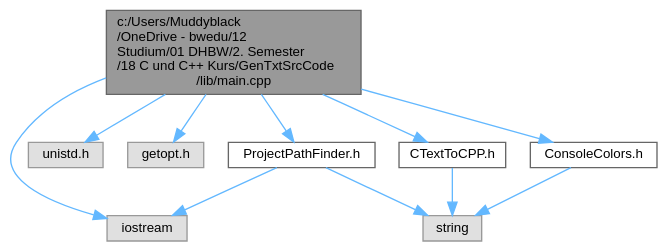
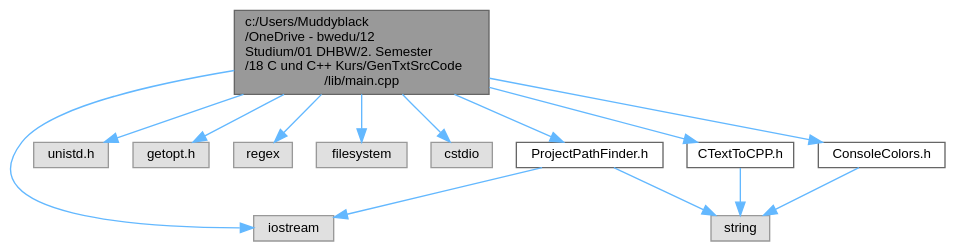
One commit to Muddyblack/Cpp_Project changed the diagram in main_8cpp__incl.dot. Above: the diagram before and after it, drawn with Graphviz. The commit also changed 194 other files, not shown here.

```diff
--- a/main_8cpp__incl.dot
+++ b/main_8cpp__incl.dot
@@ -1,25 +1,31 @@
 digraph "c:/Users/Muddyblack/OneDrive - bwedu/12 Studium/01 DHBW/2. Semester/18 C und C++ Kurs/GenTxtSrcCode/lib/main.cpp"
 {
  // LATEX_PDF_SIZE
   bgcolor="transparent";
   edge [fontname=Helvetica,fontsize=10,labelfontname=Helvetica,labelfontsize=10];
   node [fontname=Helvetica,fontsize=10,shape=box,height=0.2,width=0.4];
-  Node1 [id="Node000001",label="c:/Users/Muddyblack\l/OneDrive - bwedu/12\l Studium/01 DHBW/2. Semester\l/18 C und C++ Kurs/GenTxtSrcCode\l/lib/main.cpp",height=0.2,width=0.4,color="gray40", fillcolor="grey60", style="filled", fontcolor="black",tooltip="Main entry point for the Generating program. This program generates C/C++ code from text input files ..."];
+  Node1 [id="Node000001",label="c:/Users/Muddyblack\l/OneDrive - bwedu/12\l Studium/01 DHBW/2. Semester\l/18 C und C++ Kurs/GenTxtSrcCode\l/lib/main.cpp",height=0.2,width=0.4,color="gray40", fillcolor="grey60", style="filled", fontcolor="black",tooltip="Main entry point for the Generating program."];
   Node1 -> Node2 [id="edge1_Node000001_Node000002",color="steelblue1",style="solid",tooltip=" "];
   Node2 [id="Node000002",label="iostream",height=0.2,width=0.4,color="grey60", fillcolor="#E0E0E0", style="filled",tooltip=" "];
   Node1 -> Node3 [id="edge2_Node000001_Node000003",color="steelblue1",style="solid",tooltip=" "];
   Node3 [id="Node000003",label="unistd.h",height=0.2,width=0.4,color="grey60", fillcolor="#E0E0E0", style="filled",tooltip=" "];
   Node1 -> Node4 [id="edge3_Node000001_Node000004",color="steelblue1",style="solid",tooltip=" "];
   Node4 [id="Node000004",label="getopt.h",height=0.2,width=0.4,color="grey60", fillcolor="#E0E0E0", style="filled",tooltip=" "];
   Node1 -> Node5 [id="edge4_Node000001_Node000005",color="steelblue1",style="solid",tooltip=" "];
-  Node5 [id="Node000005",label="CTextToCPP.h",height=0.2,width=0.4,color="grey40", fillcolor="white", style="filled",URL="$_c_text_to_c_p_p_8h.html",tooltip=" "];
-  Node5 -> Node6 [id="edge5_Node000005_Node000006",color="steelblue1",style="solid",tooltip=" "];
-  Node6 [id="Node000006",label="string",height=0.2,width=0.4,color="grey60", fillcolor="#E0E0E0", style="filled",tooltip=" "];
+  Node5 [id="Node000005",label="regex",height=0.2,width=0.4,color="grey60", fillcolor="#E0E0E0", style="filled",tooltip=" "];
+  Node1 -> Node6 [id="edge5_Node000001_Node000006",color="steelblue1",style="solid",tooltip=" "];
+  Node6 [id="Node000006",label="filesystem",height=0.2,width=0.4,color="grey60", fillcolor="#E0E0E0", style="filled",tooltip=" "];
   Node1 -> Node7 [id="edge6_Node000001_Node000007",color="steelblue1",style="solid",tooltip=" "];
-  Node7 [id="Node000007",label="ProjectPathFinder.h",height=0.2,width=0.4,color="grey40", fillcolor="white", style="filled",URL="$_project_path_finder_8h.html",tooltip="Contains functions and classes for retrieving the project path."];
-  Node7 -> Node2 [id="edge7_Node000007_Node000002",color="steelblue1",style="solid",tooltip=" "];
-  Node7 -> Node6 [id="edge8_Node000007_Node000006",color="steelblue1",style="solid",tooltip=" "];
-  Node1 -> Node8 [id="edge9_Node000001_Node000008",color="steelblue1",style="solid",tooltip=" "];
-  Node8 [id="Node000008",label="ConsoleColors.h",height=0.2,width=0.4,color="grey40", fillcolor="white", style="filled",URL="$_console_colors_8h.html",tooltip="Contains escape sequences for console colors."];
-  Node8 -> Node6 [id="edge10_Node000008_Node000006",color="steelblue1",style="solid",tooltip=" "];
+  Node7 [id="Node000007",label="cstdio",height=0.2,width=0.4,color="grey60", fillcolor="#E0E0E0", style="filled",tooltip=" "];
+  Node1 -> Node8 [id="edge7_Node000001_Node000008",color="steelblue1",style="solid",tooltip=" "];
+  Node8 [id="Node000008",label="CTextToCPP.h",height=0.2,width=0.4,color="grey40", fillcolor="white", style="filled",URL="$_c_text_to_c_p_p_8h.html",tooltip=" "];
+  Node8 -> Node9 [id="edge8_Node000008_Node000009",color="steelblue1",style="solid",tooltip=" "];
+  Node9 [id="Node000009",label="string",height=0.2,width=0.4,color="grey60", fillcolor="#E0E0E0", style="filled",tooltip=" "];
+  Node1 -> Node10 [id="edge9_Node000001_Node000010",color="steelblue1",style="solid",tooltip=" "];
+  Node10 [id="Node000010",label="ProjectPathFinder.h",height=0.2,width=0.4,color="grey40", fillcolor="white", style="filled",URL="$_project_path_finder_8h.html",tooltip="Contains functions and classes for retrieving the project path."];
+  Node10 -> Node2 [id="edge10_Node000010_Node000002",color="steelblue1",style="solid",tooltip=" "];
+  Node10 -> Node9 [id="edge11_Node000010_Node000009",color="steelblue1",style="solid",tooltip=" "];
+  Node1 -> Node11 [id="edge12_Node000001_Node000011",color="steelblue1",style="solid",tooltip=" "];
+  Node11 [id="Node000011",label="ConsoleColors.h",height=0.2,width=0.4,color="grey40", fillcolor="white", style="filled",URL="$_console_colors_8h.html",tooltip="Contains escape sequences for console colors."];
+  Node11 -> Node9 [id="edge13_Node000011_Node000009",color="steelblue1",style="solid",tooltip=" "];
 }
```
